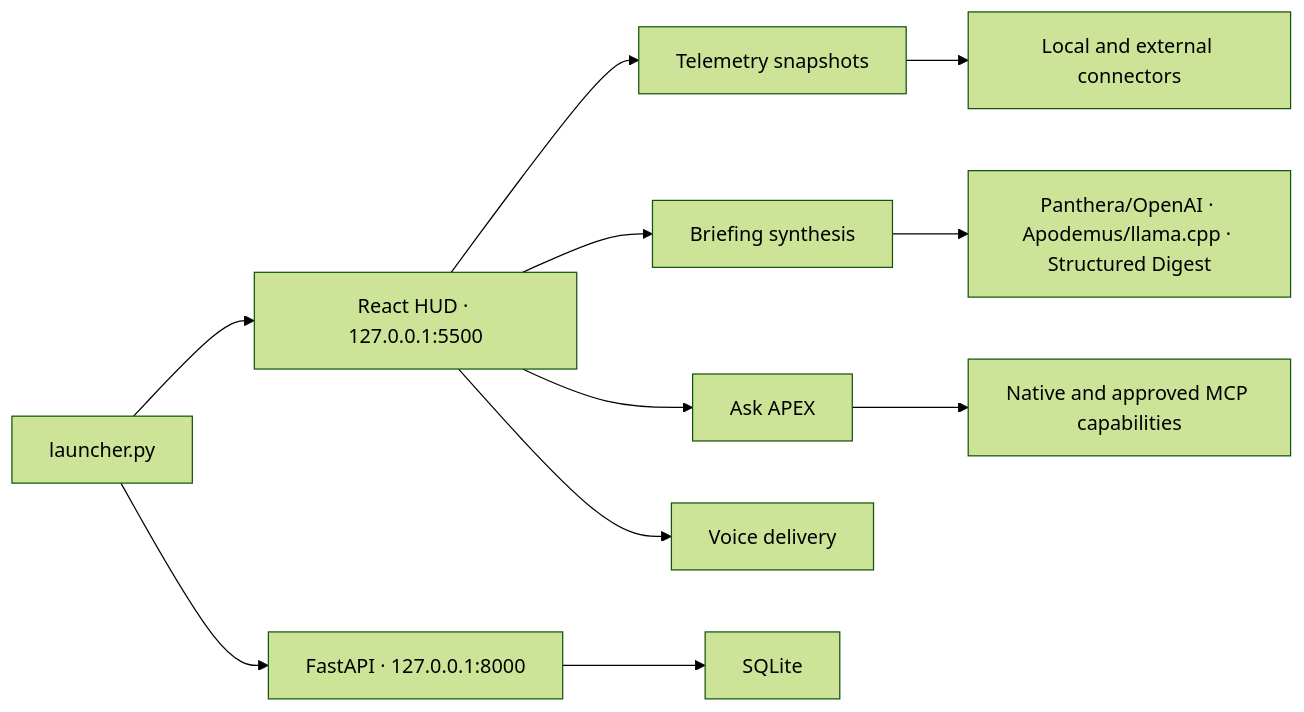
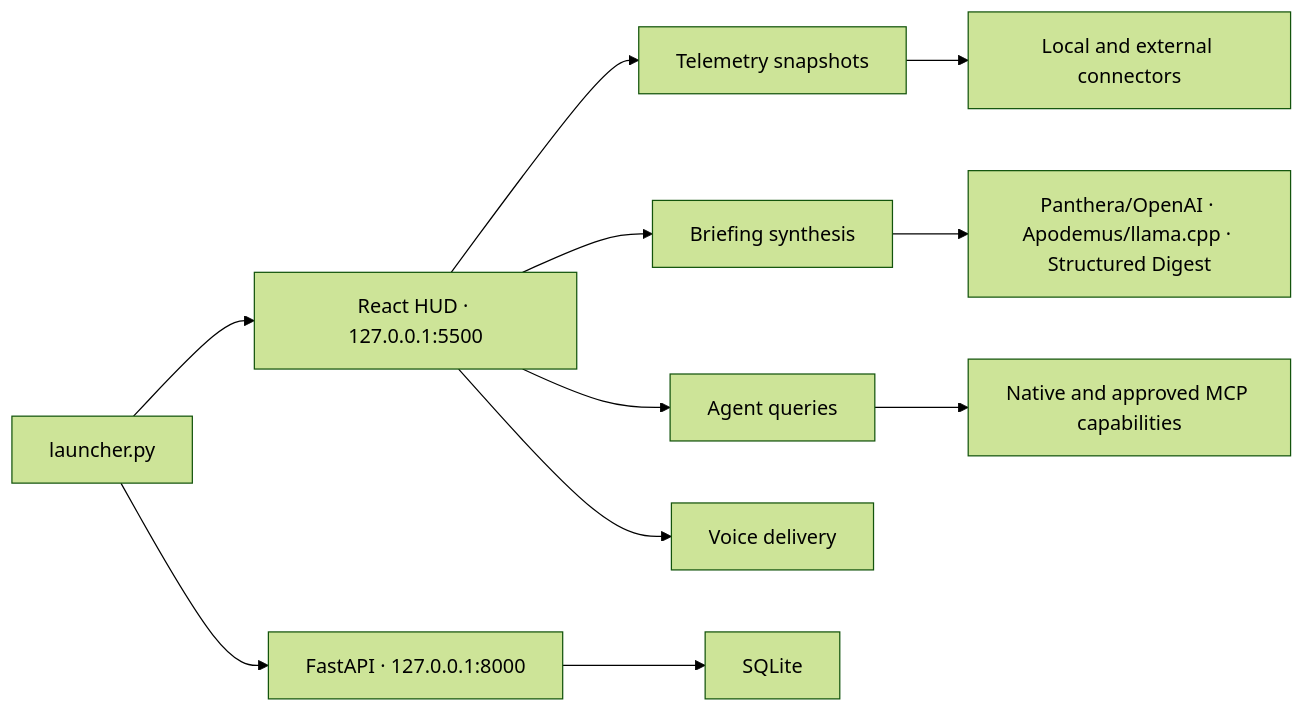
Before and after one commit to edumarcano/APEX: the diagram in README.md, drawn with Mermaid (forest theme). The commit also changed other lines of this file and 30 other files, not shown here.

First line of the commit message:
refactor: rename ask apex controls (#341)

````diff
--- a/README.md
+++ b/README.md
@@ -70,13 +70,13 @@
 ```mermaid
 flowchart LR
     L["launcher.py"] --> API["FastAPI · 127.0.0.1:8000"]
     L --> HUD["React HUD · 127.0.0.1:5500"]
     HUD --> T["Telemetry snapshots"]
     HUD --> B["Briefing synthesis"]
-    HUD --> A["Ask APEX"]
+    HUD --> A["Agent queries"]
     HUD --> V["Voice delivery"]
     T --> C["Local and external connectors"]
     B --> M["Panthera/OpenAI · Apodemus/llama.cpp · Structured Digest"]
     A --> P["Native and approved MCP capabilities"]
     API --> DB["SQLite"]
 ```
````
